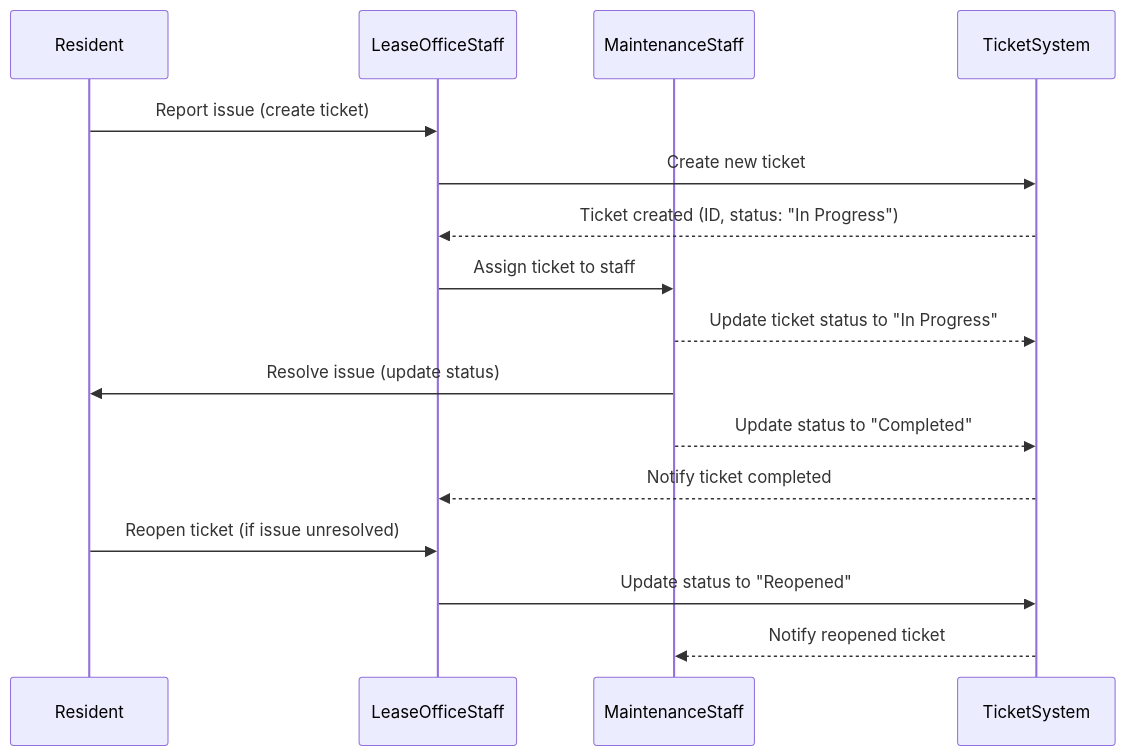
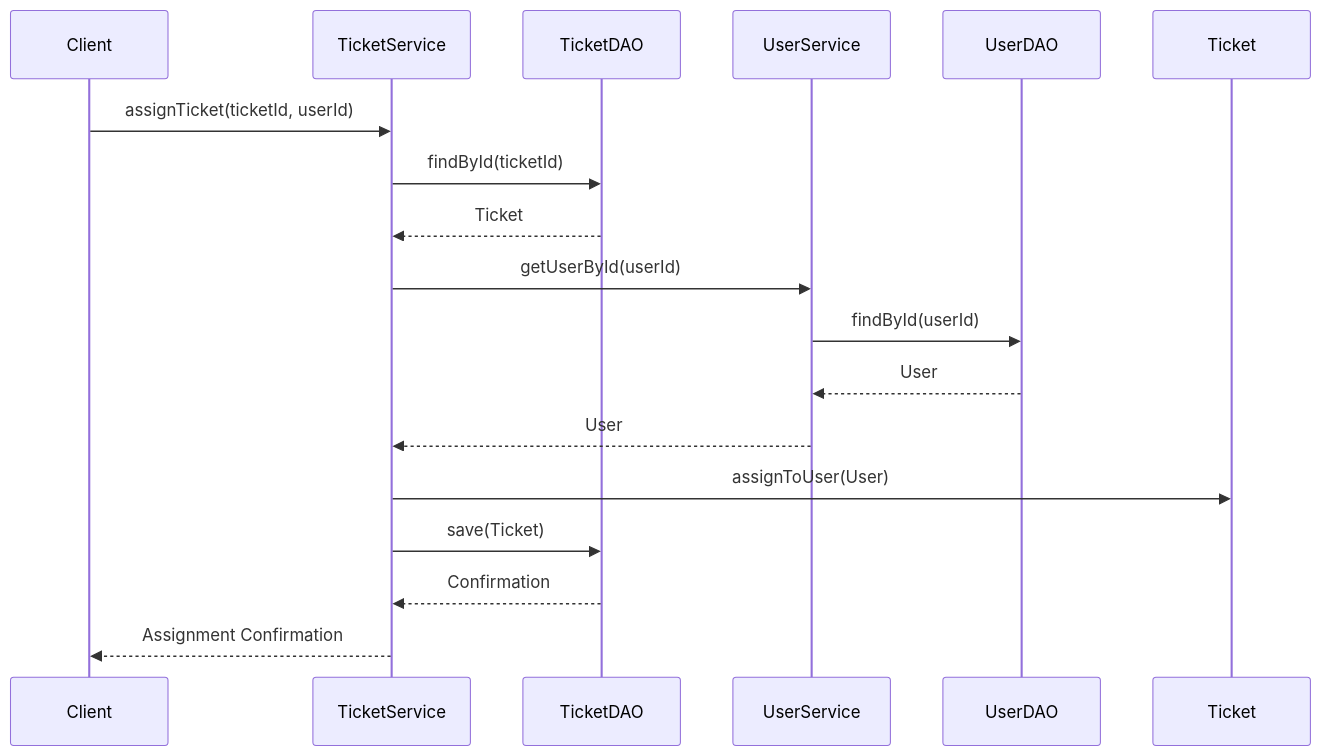
Before and after one commit to dheynoshan/CS425---Project: the diagram in Project Documents/sequence_Diagram.md, drawn with Mermaid.

Commit message:
Updated Sequence diagram

````diff
--- a/Project Documents/sequence_Diagram.md
+++ b/Project Documents/sequence_Diagram.md
@@ -1,20 +1,21 @@
 ```mermaid
 sequenceDiagram
-    participant Resident
-    participant LeaseOfficeStaff
-    participant MaintenanceStaff
+    participant Client
+    participant TicketService
+    participant TicketDAO
+    participant UserService
+    participant UserDAO
 
-    Resident->>LeaseOfficeStaff: Report issue (create ticket)
-    LeaseOfficeStaff->>TicketSystem: Create new ticket
-    TicketSystem-->>LeaseOfficeStaff: Ticket created (ID, status: "In Progress")
-    LeaseOfficeStaff->>MaintenanceStaff: Assign ticket to staff
-    MaintenanceStaff-->>TicketSystem: Update ticket status to "In Progress"
+    Client->>TicketService: assignTicket(ticketId, userId)
+    TicketService->>TicketDAO: findById(ticketId)
+    TicketDAO-->>TicketService: Ticket
+    TicketService->>UserService: getUserById(userId)
+    UserService->>UserDAO: findById(userId)
+    UserDAO-->>UserService: User
+    UserService-->>TicketService: User
+    TicketService->>Ticket: assignToUser(User)
+    TicketService->>TicketDAO: save(Ticket)
+    TicketDAO-->>TicketService: Confirmation
+    TicketService-->>Client: Assignment Confirmation
 
-    MaintenanceStaff->>Resident: Resolve issue (update status)
-    MaintenanceStaff-->>TicketSystem: Update status to "Completed"
-    TicketSystem-->>LeaseOfficeStaff: Notify ticket completed
-
-    Resident->>LeaseOfficeStaff: Reopen ticket (if issue unresolved)
-    LeaseOfficeStaff->>TicketSystem: Update status to "Reopened"
-    TicketSystem-->>MaintenanceStaff: Notify reopened ticket
 ```
````
